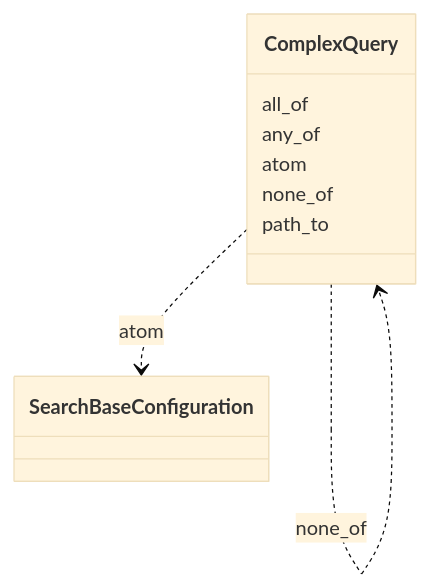
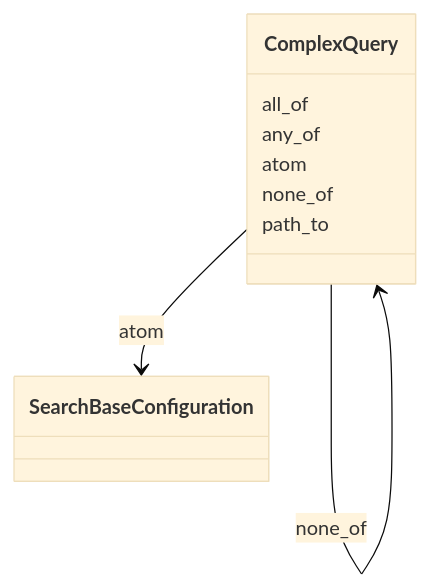
One commit to dalito/ontology-access-kit changed the diagram in search/ComplexQuery.md. Above: the diagram before and after it, drawn with Mermaid (base theme). The commit also changed other lines of this file and 3370 other files, not shown here.

````diff
--- a/search/ComplexQuery.md
+++ b/search/ComplexQuery.md
@@ -9,23 +10,23 @@
 ```{mermaid}
  classDiagram
     class ComplexQuery
       ComplexQuery : all_of
         
-          ComplexQuery ..> ComplexQuery : all_of
+          ComplexQuery --> ComplexQuery : all_of
         
       ComplexQuery : any_of
         
-          ComplexQuery ..> ComplexQuery : any_of
+          ComplexQuery --> ComplexQuery : any_of
         
       ComplexQuery : atom
         
-          ComplexQuery ..> SearchBaseConfiguration : atom
+          ComplexQuery --> SearchBaseConfiguration : atom
         
       ComplexQuery : none_of
         
-          ComplexQuery ..> ComplexQuery : none_of
+          ComplexQuery --> ComplexQuery : none_of
         
       ComplexQuery : path_to
         
       
 ```
````
